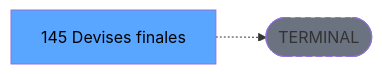
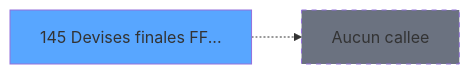
The third of 3 diagrams in .openspec/specs/ADH-IDE-145.md (thonyAGP/magic-migration), drawn with Mermaid before and after one commit. The commit also changed other lines of this file and 311 other files, not shown here.

````diff
--- a/.openspec/specs/ADH-IDE-145.md
+++ b/.openspec/specs/ADH-IDE-145.md
@@ -138,8 +173,8 @@
 ```mermaid
 graph LR
-    T[145 Devises finales]
-    TERM([TERMINAL])
-    T -.-> TERM
-    style TERM fill:#6b7280,stroke-dasharray: 5 5
-    style T fill:#58a6ff,color:#000
+    T145[145 Devises finales FF...]
+    style T145 fill:#58a6ff
+    NONE[Aucun callee]
+    T145 -.-> NONE
+    style NONE fill:#6b7280,stroke-dasharray: 5 5
 ```
````
